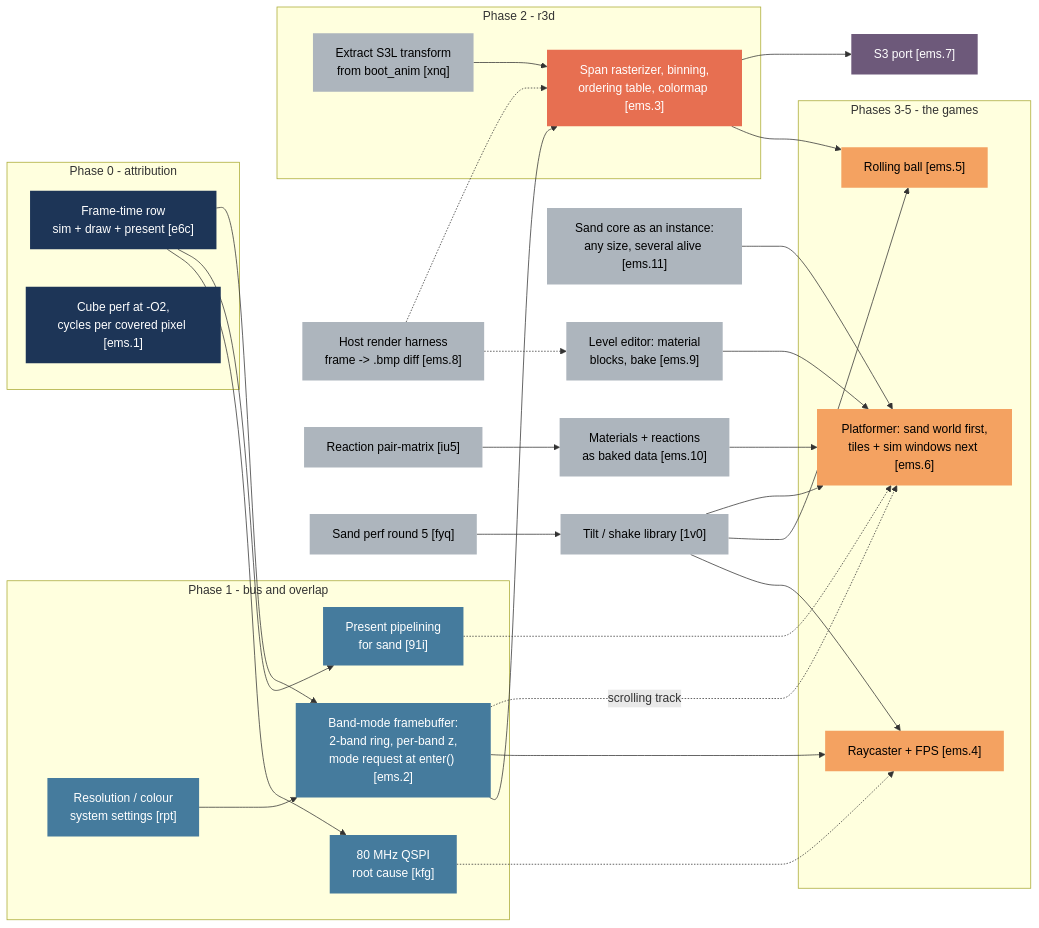
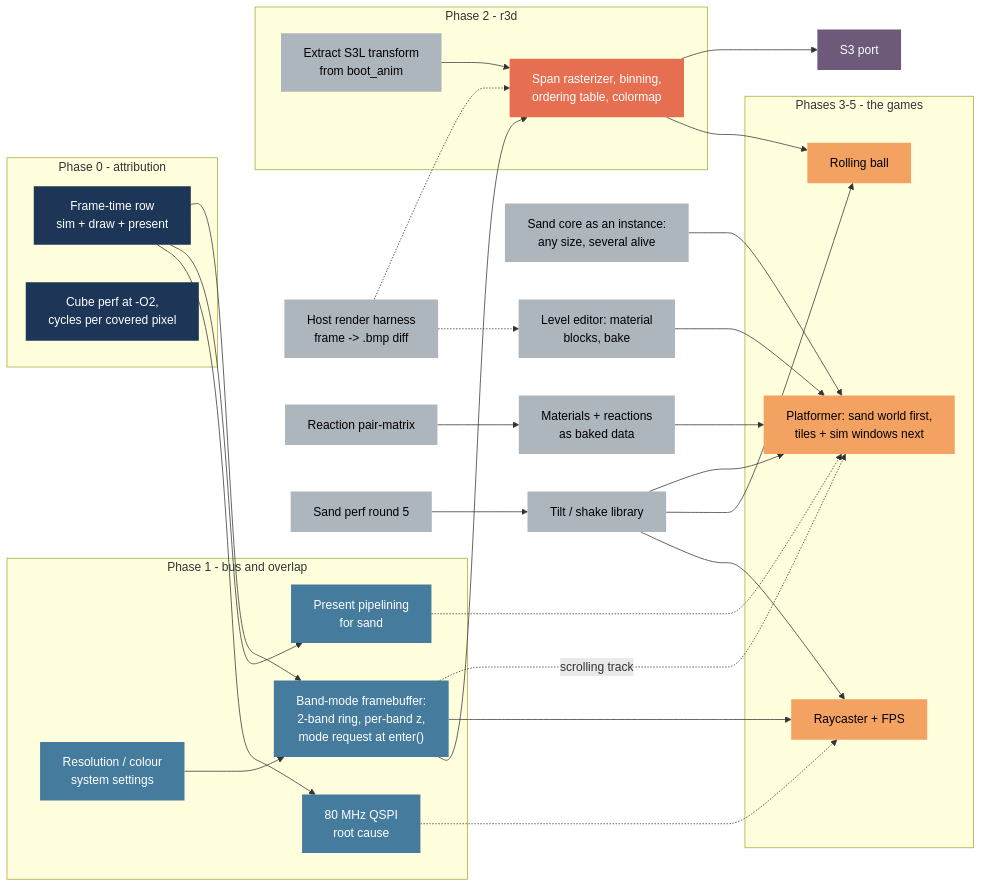
Before and after one commit to jose-villegas/esp32-c6-dev: the first of 2 diagrams in docs/Autana-Rendering-Roadmap.md, drawn with Mermaid. The commit also changed other lines of this file and 14 other files, not shown here.

````diff
--- a/docs/Autana-Rendering-Roadmap.md
+++ b/docs/Autana-Rendering-Roadmap.md
@@ -29,61 +29,61 @@
 ```mermaid
 flowchart LR
   classDef done fill:#2d6a4f,color:#fff,stroke:none
   classDef p0 fill:#1d3557,color:#fff,stroke:none
   classDef p1 fill:#457b9d,color:#fff,stroke:none
   classDef p2 fill:#e76f51,color:#fff,stroke:none
   classDef game fill:#f4a261,color:#000,stroke:none
   classDef port fill:#6d597a,color:#fff,stroke:none
   classDef side fill:#adb5bd,color:#000,stroke:none
 
   subgraph P0["Phase 0 - attribution"]
-    e6c["Frame-time row<br/>sim + draw + present [e6c]"]:::p0
-    ems1["Cube perf at -O2,<br/>cycles per covered pixel [ems.1]"]:::p0
+    frameTime["Frame-time row<br/>sim + draw + present"]:::p0
+    cubePerf["Cube perf at -O2,<br/>cycles per covered pixel"]:::p0
   end
   subgraph P1["Phase 1 - bus and overlap"]
-    kfg["80 MHz QSPI<br/>root cause [kfg]"]:::p1
-    i91["Present pipelining<br/>for sand [91i]"]:::p1
-    ems2["Band-mode framebuffer:<br/>2-band ring, per-band z,<br/>mode request at enter() [ems.2]"]:::p1
-    rpt["Resolution / colour<br/>system settings [rpt]"]:::p1
+    busRoot["80 MHz QSPI<br/>root cause"]:::p1
+    presentPipe["Present pipelining<br/>for sand"]:::p1
+    bandMode["Band-mode framebuffer:<br/>2-band ring, per-band z,<br/>mode request at enter()"]:::p1
+    resSettings["Resolution / colour<br/>system settings"]:::p1
   end
   subgraph P2["Phase 2 - r3d"]
-    xnq["Extract S3L transform<br/>from boot_anim [xnq]"]:::side
-    ems3["Span rasterizer, binning,<br/>ordering table, colormap [ems.3]"]:::p2
+    s3lExtract["Extract S3L transform<br/>from boot_anim"]:::side
+    rasterizer["Span rasterizer, binning,<br/>ordering table, colormap"]:::p2
   end
   subgraph G["Phases 3-5 - the games"]
-    ems4["Raycaster + FPS [ems.4]"]:::game
-    ems5["Rolling ball [ems.5]"]:::game
-    ems6["Platformer: sand world first,<br/>tiles + sim windows next [ems.6]"]:::game
+    raycaster["Raycaster + FPS"]:::game
+    rollingBall["Rolling ball"]:::game
+    platformer["Platformer: sand world first,<br/>tiles + sim windows next"]:::game
   end
-  ems7["S3 port [ems.7]"]:::port
-  ems8["Host render harness<br/>frame -> .bmp diff [ems.8]"]:::side
-  ems9["Level editor: material<br/>blocks, bake [ems.9]"]:::side
-  ems10["Materials + reactions<br/>as baked data [ems.10]"]:::side
-  ems11["Sand core as an instance:<br/>any size, several alive [ems.11]"]:::side
-  iu5["Reaction pair-matrix [iu5]"]:::side
-  v10["Tilt / shake library [1v0]"]:::side
-  fyq["Sand perf round 5 [fyq]"]:::side
+  s3Port["S3 port"]:::port
+  hostHarness["Host render harness<br/>frame -> .bmp diff"]:::side
+  levelEditor["Level editor: material<br/>blocks, bake"]:::side
+  materialData["Materials + reactions<br/>as baked data"]:::side
+  sandInstance["Sand core as an instance:<br/>any size, several alive"]:::side
+  reactionMatrix["Reaction pair-matrix"]:::side
+  tiltShake["Tilt / shake library"]:::side
+  sandPerf5["Sand perf round 5"]:::side
 
-  e6c --> kfg
-  e6c --> i91
-  e6c --> ems2
-  rpt --> ems2
-  ems2 --> ems3
-  xnq --> ems3
-  ems2 --> ems4
-  v10 --> ems4
-  ems3 --> ems5
-  v10 --> ems5
-  ems9 --> ems6
-  ems10 --> ems6
-  ems11 --> ems6
-  v10 --> ems6
-  iu5 --> ems10
-  ems2 -.->|scrolling track| ems6
-  ems3 --> ems7
-  fyq --> v10
-  ems8 -.-> ems3
-  ems8 -.-> ems9
-  kfg -.-> ems4
-  i91 -.-> ems6
+  frameTime --> busRoot
+  frameTime --> presentPipe
+  frameTime --> bandMode
+  resSettings --> bandMode
+  bandMode --> rasterizer
+  s3lExtract --> rasterizer
+  bandMode --> raycaster
+  tiltShake --> raycaster
+  rasterizer --> rollingBall
+  tiltShake --> rollingBall
+  levelEditor --> platformer
+  materialData --> platformer
+  sandInstance --> platformer
+  tiltShake --> platformer
+  reactionMatrix --> materialData
+  bandMode -.->|scrolling track| platformer
+  rasterizer --> s3Port
+  sandPerf5 --> tiltShake
+  hostHarness -.-> rasterizer
+  hostHarness -.-> levelEditor
+  busRoot -.-> raycaster
+  presentPipe -.-> platformer
 ```
````
